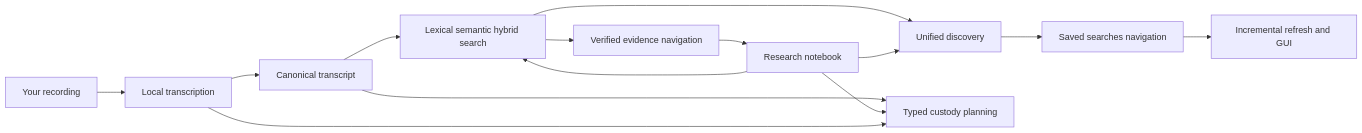
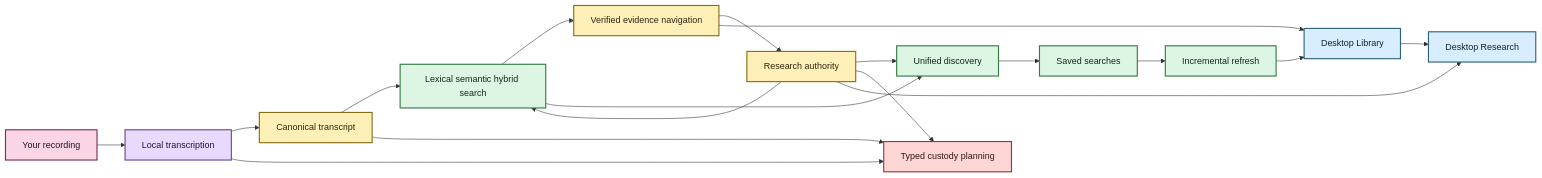
The diagram in docs/README.md (SSD1805/EchoFlow), drawn with Mermaid before and after one commit. The commit also changed other lines of this file and 29 other files, not shown here.

Commit message:
docs: restore Mermaid styling and refresh current product truth

````diff
--- a/docs/README.md
+++ b/docs/README.md
@@ -108,16 +112,34 @@
 ```mermaid
-graph LR;
+flowchart LR
     A[Your recording] --> B[Local transcription]
     B --> C[Canonical transcript]
     C --> D[Lexical semantic hybrid search]
     D --> E[Verified evidence navigation]
-    E --> F[Research notebook]
+    E --> F[Research authority]
     F --> D
     D --> G[Unified discovery]
     F --> G
-    G --> H[Saved searches navigation]
+    G --> H[Saved searches]
     C --> I[Typed custody planning]
     F --> I
     B --> I
-    H --> J[Incremental refresh and GUI]
+    H --> J[Incremental refresh]
+    J --> K[Desktop Library]
+    E --> K
+    F --> L[Desktop Research]
+    K --> L
+
+    classDef source fill:#F9D5E5,stroke:#7B2E52,stroke-width:2px,color:#22151B
+    classDef process fill:#E8D9FF,stroke:#68469B,stroke-width:2px,color:#1F1630
+    classDef evidence fill:#FFF0B8,stroke:#8A6B18,stroke-width:2px,color:#2C260F
+    classDef view fill:#DDF5E3,stroke:#347A46,stroke-width:2px,color:#142719
+    classDef inspect fill:#D8EEFF,stroke:#2E617B,stroke-width:2px,color:#12222A
+    classDef stop fill:#FFD6D6,stroke:#9E3434,stroke-width:2px,color:#351616
+
+    class A source
+    class B process
+    class C,E,F evidence
+    class D,G,H,J view
+    class I stop
+    class K,L inspect
 ```
````
